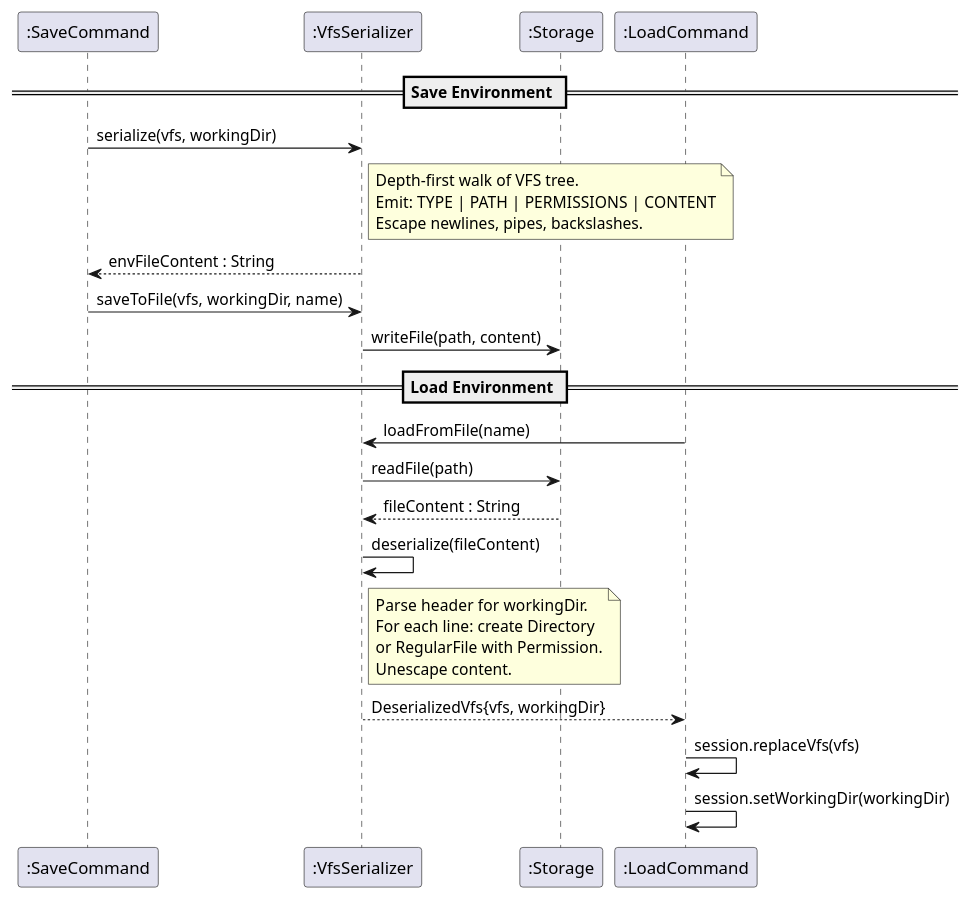
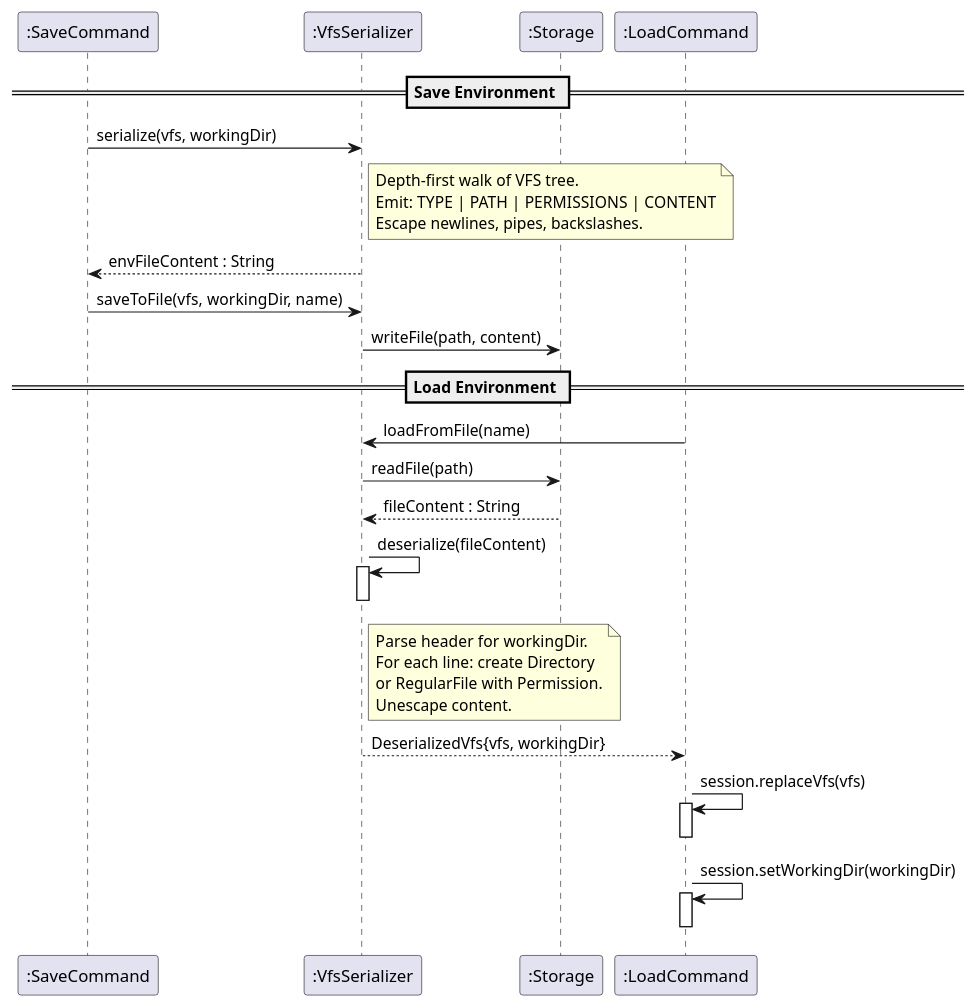
The diagram in docs/diagrams/SaveLoadSequence.puml (Novgor0d/tp), drawn with PlantUML before and after one commit. The commit also changed 8 other files, not shown here.

First line of the commit message:
Fix UML diagram issues #119, #120, #121, #122

```diff
--- a/docs/diagrams/SaveLoadSequence.puml
+++ b/docs/diagrams/SaveLoadSequence.puml
@@ -1,32 +1,38 @@
 @startuml SaveLoadSequence
 participant ":SaveCommand" as Save
 participant ":VfsSerializer" as VS
 participant ":Storage" as S
 
 == Save Environment ==
 Save -> VS : serialize(vfs, workingDir)
 note right of VS
   Depth-first walk of VFS tree.
   Emit: TYPE | PATH | PERMISSIONS | CONTENT
   Escape newlines, pipes, backslashes.
 end note
 VS --> Save : envFileContent : String
 Save -> VS : saveToFile(vfs, workingDir, name)
 VS -> S : writeFile(path, content)
 
 == Load Environment ==
 participant ":LoadCommand" as Load
 Load -> VS : loadFromFile(name)
 VS -> S : readFile(path)
 S --> VS : fileContent : String
 VS -> VS : deserialize(fileContent)
+activate VS
 note right of VS
   Parse header for workingDir.
   For each line: create Directory
   or RegularFile with Permission.
   Unescape content.
 end note
+deactivate VS
 VS --> Load : DeserializedVfs{vfs, workingDir}
 Load -> Load : session.replaceVfs(vfs)
+activate Load
+deactivate Load
 Load -> Load : session.setWorkingDir(workingDir)
+activate Load
+deactivate Load
 @enduml
```
